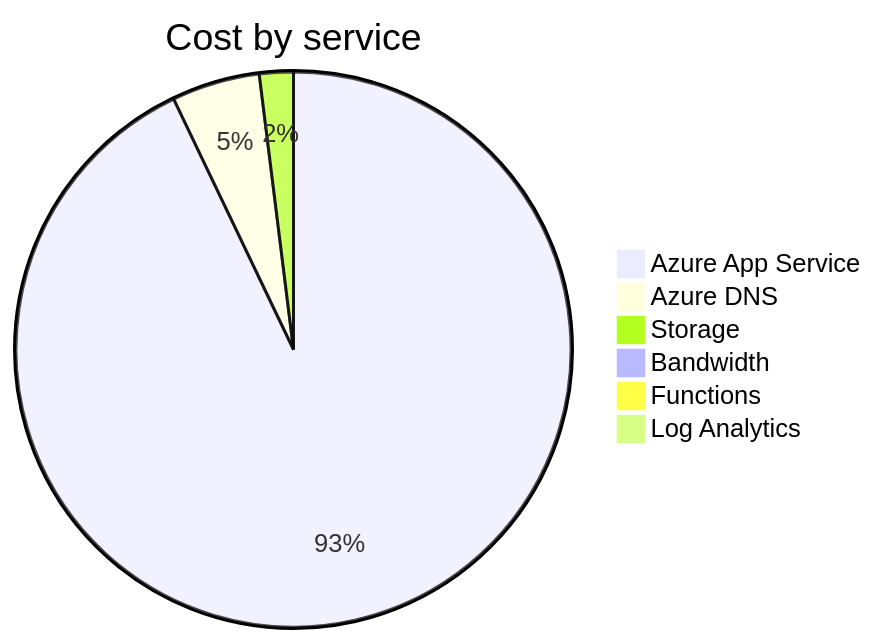
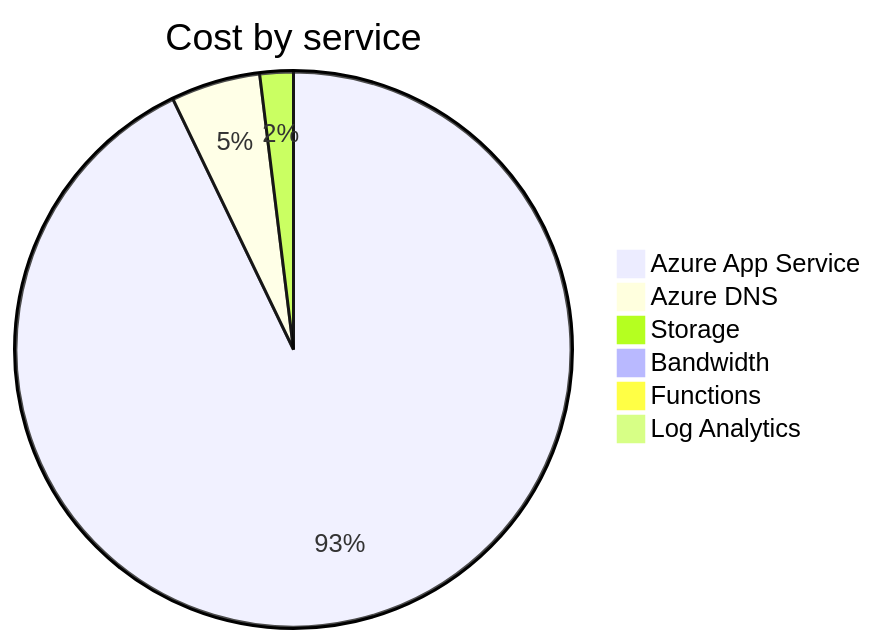
Before and after one commit to jpfulton/azure-personal-reports: the second of 4 diagrams in cost-reports/accumulated-cost.md, drawn with Mermaid. The commit also changed other lines of this file and 4 other files, not shown here.

````diff
--- a/cost-reports/accumulated-cost.md
+++ b/cost-reports/accumulated-cost.md
@@ -98,10 +98,10 @@
 ```mermaid
 pie
    title Cost by service
-   "Azure App Service" : 9.42
-   "Azure DNS" : 0.52
-   "Storage" : 0.20
+   "Azure App Service" : 10.01
+   "Azure DNS" : 0.56
+   "Storage" : 0.21
    "Bandwidth" : 0.00
    "Functions" : 0.00
    "Log Analytics" : 0.00
 ```
````
